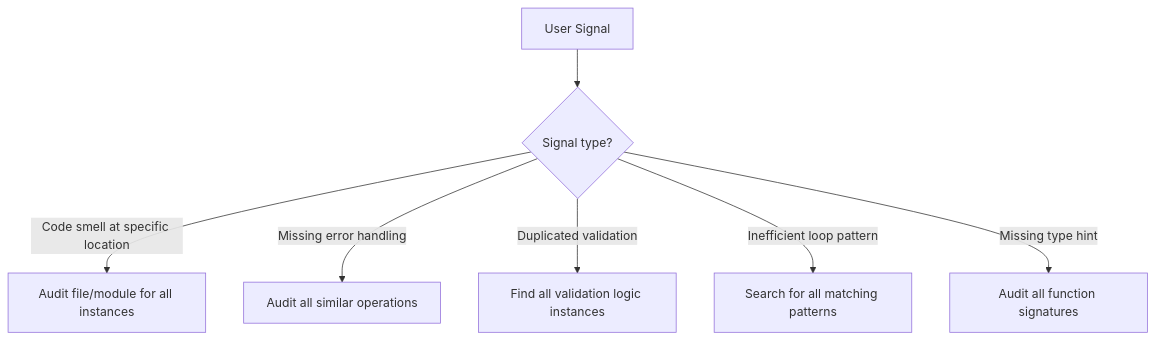
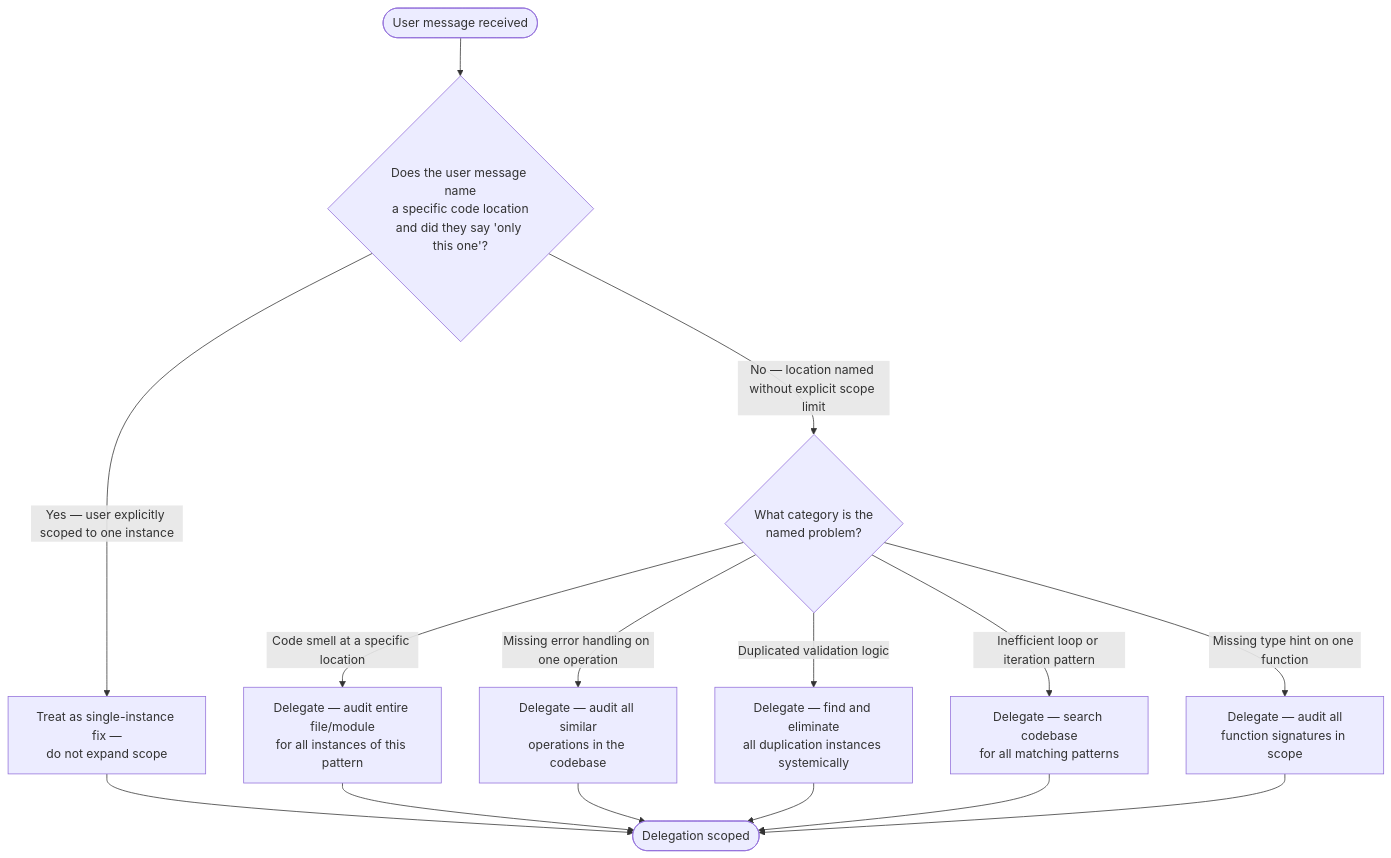
The sixth of 8 diagrams in plugins/agent-orchestration/skills/agent-orchestration/SKILL.md (chgreer1070/claude_skills), drawn with Mermaid before and after one commit. The commit also changed other lines of this file and 18 other files, not shown here.

````diff
--- a/plugins/agent-orchestration/skills/agent-orchestration/SKILL.md
+++ b/plugins/agent-orchestration/skills/agent-orchestration/SKILL.md
@@ -421,9 +460,13 @@
 ```mermaid
 flowchart TD
-    Signal[User Signal] --> Q{Signal type?}
-    Q -->|Code smell at specific location| A1[Audit file/module for all instances]
-    Q -->|Missing error handling| A2[Audit all similar operations]
-    Q -->|Duplicated validation| A3[Find all validation logic instances]
-    Q -->|Inefficient loop pattern| A4[Search for all matching patterns]
-    Q -->|Missing type hint| A5[Audit all function signatures]
+    Signal(["User message received"]) --> Q{"Does the user message name<br>a specific code location<br>and did they say 'only this one'?"}
+    Q -->|"Yes — user explicitly scoped to one instance"| Single["Treat as single-instance fix —<br>do not expand scope"]
+    Q -->|"No — location named without explicit scope limit"| QType{"What category is the<br>named problem?"}
+    QType -->|"Code smell at a specific location"| A1["Delegate — audit entire file/module<br>for all instances of this pattern"]
+    QType -->|"Missing error handling on one operation"| A2["Delegate — audit all similar<br>operations in the codebase"]
+    QType -->|"Duplicated validation logic"| A3["Delegate — find and eliminate<br>all duplication instances systemically"]
+    QType -->|"Inefficient loop or iteration pattern"| A4["Delegate — search codebase<br>for all matching patterns"]
+    QType -->|"Missing type hint on one function"| A5["Delegate — audit all<br>function signatures in scope"]
+    Single --> Done(["Delegation scoped"])
+    A1 & A2 & A3 & A4 & A5 --> Done
 ```
````
